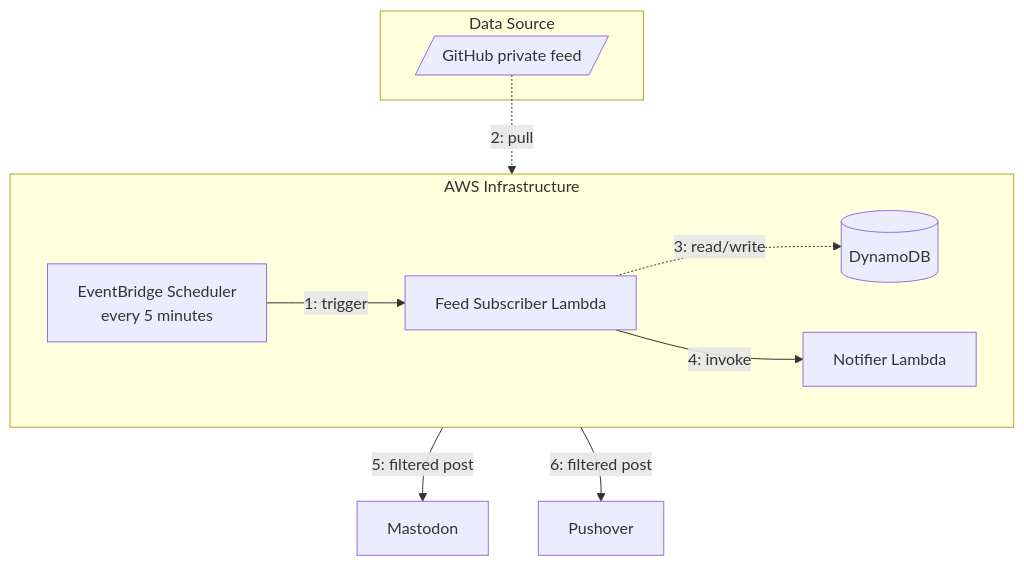
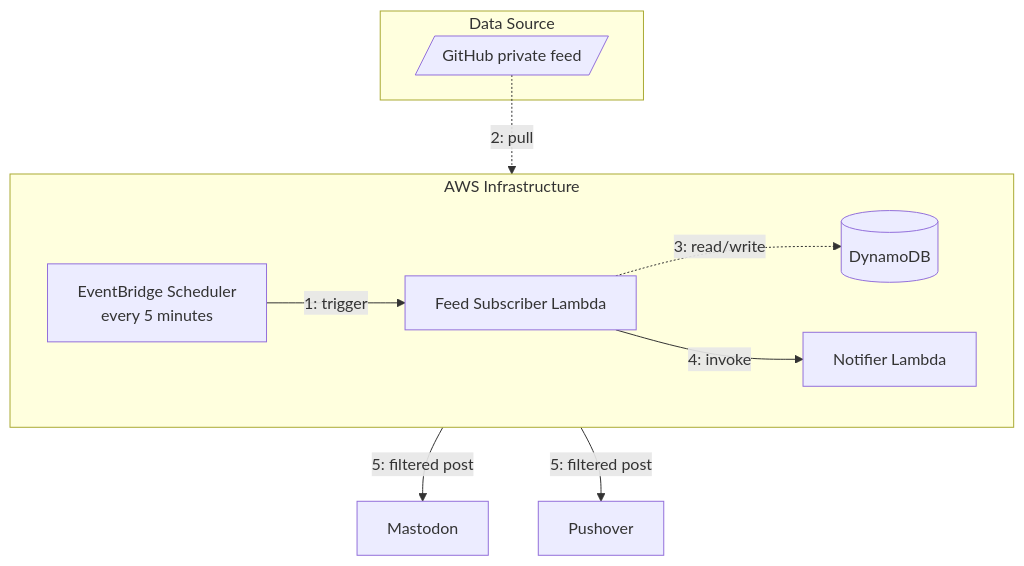
One commit to masutaka/masutaka-feed changed the first of 2 diagrams in README.md. Above: the diagram before and after it, drawn with Mermaid.

Commit message:
Update mermaid

````diff
--- a/README.md
+++ b/README.md
@@ -13,20 +13,20 @@
 ```mermaid
 graph TD
     subgraph "Data Source"
         A[/GitHub private feed/]
     end
 
     subgraph "AWS Infrastructure"
         direction LR
         G[EventBridge Scheduler<br/>every 5 minutes] -->|1: trigger| H[Feed Subscriber Lambda]
         H -.->|3: read/write| I[(DynamoDB)]
         H -->|4: invoke| D[Notifier Lambda]
     end
 
     E[Mastodon]
     F[Pushover]
 
     A -.->|2: pull| H
     D -->|5: filtered post| E
-    D -->|6: filtered post| F
+    D -->|5: filtered post| F
 ```
````
